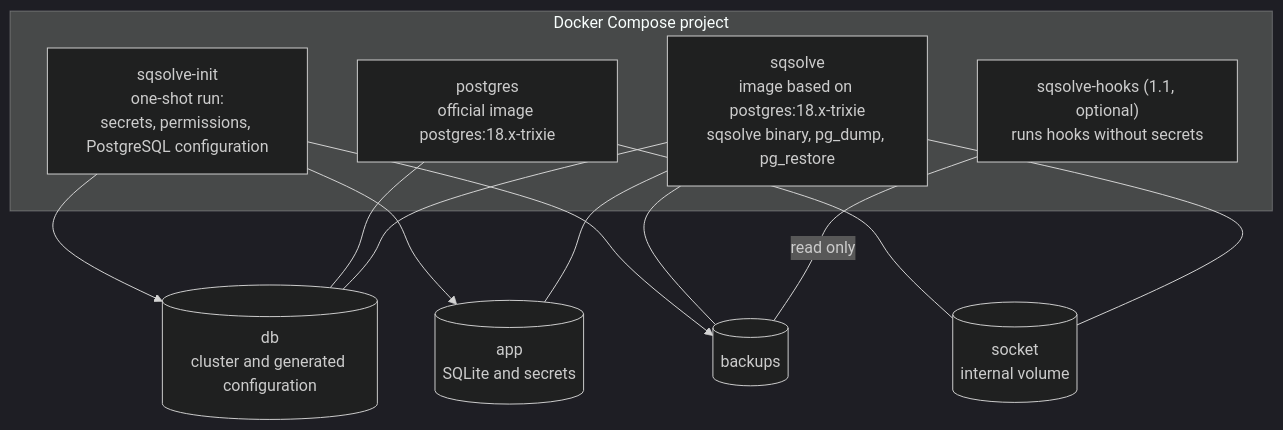
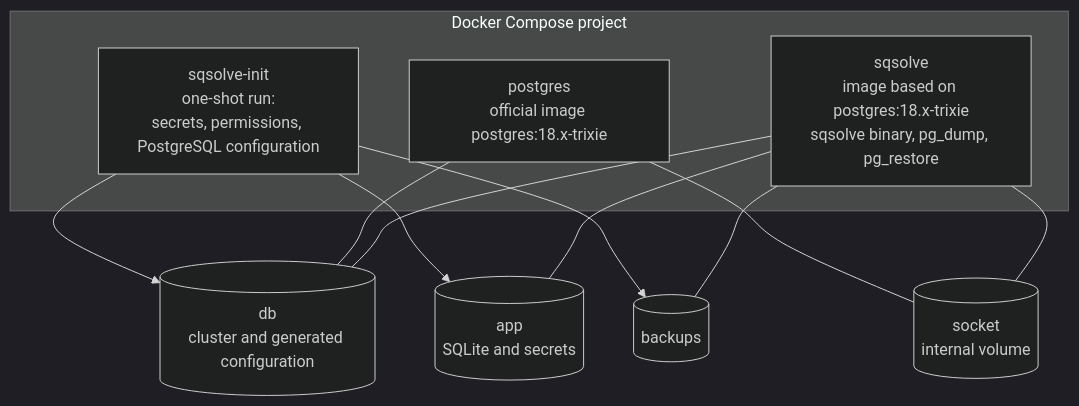
One commit to donutinit/sqsolve changed the second of 5 diagrams in docs/05-architecture.md. Above: the diagram before and after it, drawn with Mermaid (dark theme). The commit also changed other lines of this file and 53 other files, not shown here.

````diff
--- a/docs/05-architecture.md
+++ b/docs/05-architecture.md
@@ -55,18 +57,16 @@
 ```mermaid
 flowchart TB
   subgraph compose["Docker Compose project"]
     INIT["sqsolve-init<br/>one-shot run:<br/>secrets, permissions, PostgreSQL configuration"]
     PG["postgres<br/>official image postgres:18.x-trixie"]
     SQ["sqsolve<br/>image based on postgres:18.x-trixie<br/>sqsolve binary, pg_dump, pg_restore"]
-    HK["sqsolve-hooks (1.1, optional)<br/>runs hooks without secrets"]
   end
   DB[("db<br/>cluster and generated configuration")]
   APP[("app<br/>SQLite and secrets")]
   BK[("backups")]
   RUN[("socket<br/>internal volume")]
   INIT --> DB & APP & BK
   PG --- DB
   PG --- RUN
   SQ --- DB & APP & BK & RUN
-  HK -- "read only" --- BK
 ```
````
